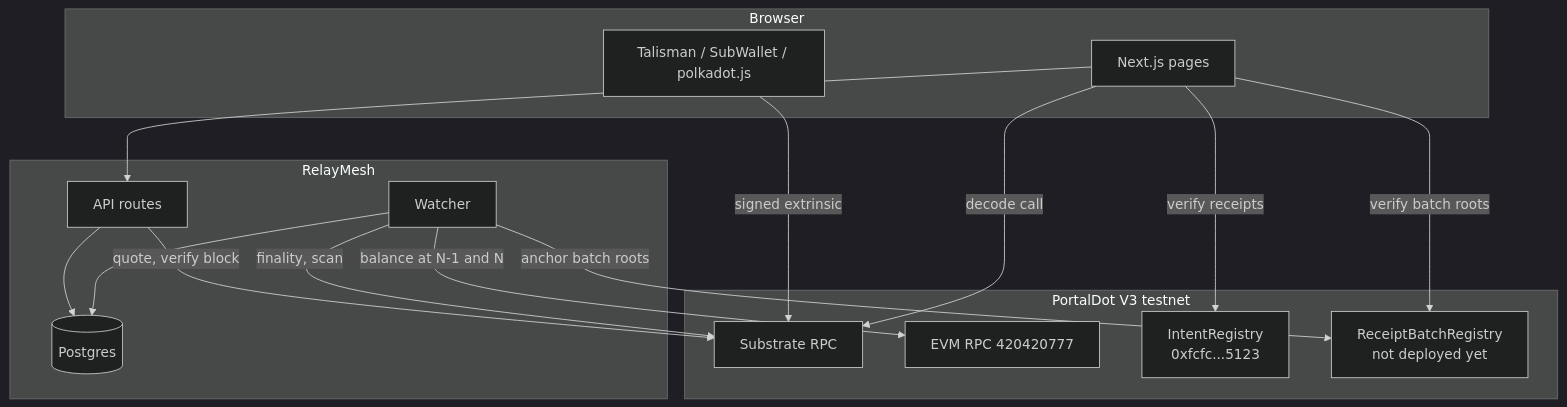
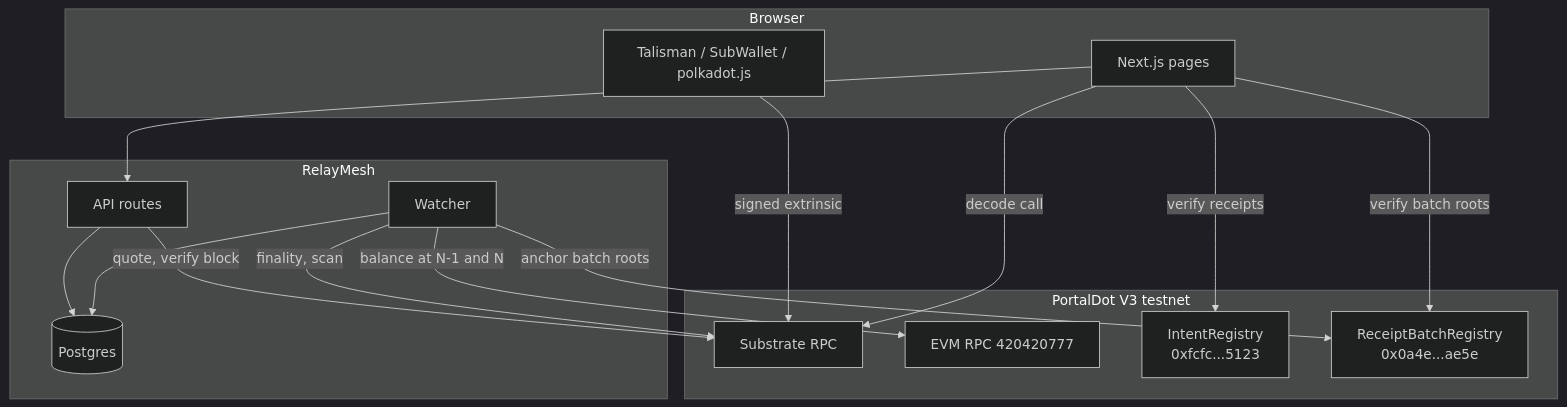
Before and after one commit to Saber1Y/RelayMesh: the first of 2 diagrams in README.md, drawn with Mermaid (dark theme). The commit also changed other lines of this file and 3 other files, not shown here.

Commit message:
docs: record the ReceiptBatchRegistry deployment on V3

````diff
--- a/README.md
+++ b/README.md
@@ -176,29 +176,29 @@
 ```mermaid
 flowchart TB
     subgraph Client[Browser]
         UI[Next.js pages]
         Wallet[Talisman / SubWallet / polkadot.js]
     end
     subgraph Server[RelayMesh]
         API[API routes]
         Worker[Watcher]
         PG[(Postgres)]
     end
     subgraph V3[PortalDot V3 testnet]
         Sub[Substrate RPC]
         EVM[EVM RPC 420420777]
         Reg[IntentRegistry<br/>0xfcfc...5123]
-        Batch[ReceiptBatchRegistry<br/>not deployed yet]
+        Batch[ReceiptBatchRegistry<br/>0x0a4e...ae5e]
     end
     UI --> API
     Wallet -->|signed extrinsic| Sub
     UI -->|decode call| Sub
     API -->|quote, verify block| Sub
     API --> PG
     Worker --> PG
     Worker -->|finality, scan| Sub
     Worker -->|balance at N-1 and N| EVM
     Worker -->|anchor batch roots| Batch
     UI -->|verify receipts| Reg
     UI -->|verify batch roots| Batch
 ```
````
